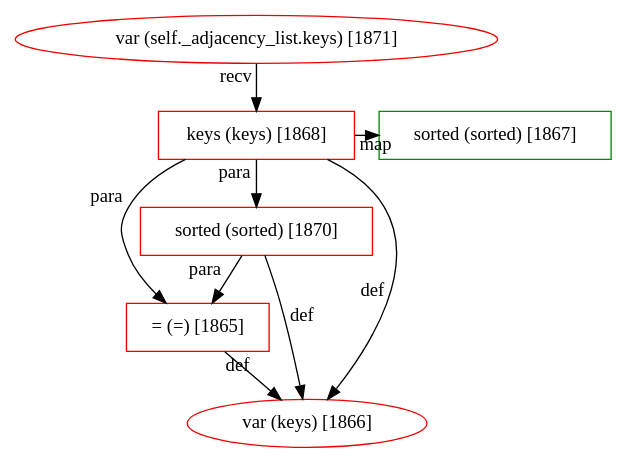
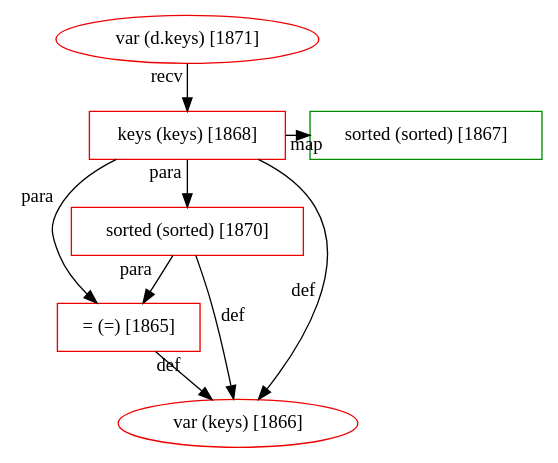
The diagram in src/main/resources/patterns/23/fragment-2267.dot (JetBrains-Research/revizor), drawn with Graphviz before and after one commit. The commit also changed 10 other files, not shown here.

```diff
--- a/src/main/resources/patterns/23/fragment-2267.dot
+++ b/src/main/resources/patterns/23/fragment-2267.dot
@@ -1,19 +1,19 @@
 digraph "fragment-2267.dot" {
 	subgraph "subgraph: 1868 to 1867" {
 		graph [rank=same]
 		1868 [label="keys (keys) [1868]" color=red2 shape=box]
 		1867 [label="sorted (sorted) [1867]" color=green4 shape=box]
 	}
-	1871 [label="var (self._adjacency_list.keys) [1871]" color=red2 shape=ellipse]
+	1871 [label="var (d.keys) [1871]" color=red2 shape=ellipse]
 	1870 [label="sorted (sorted) [1870]" color=red2 shape=box]
 	1865 [label="= (=) [1865]" color=red2 shape=box]
 	1866 [label="var (keys) [1866]" color=red2 shape=ellipse]
 	1871 -> 1868 [xlabel=recv from_closure=False]
 	1868 -> 1867 [xlabel=map from_closure=False]
 	1868 -> 1870 [xlabel=para from_closure=False]
 	1868 -> 1865 [xlabel=para from_closure=True]
 	1870 -> 1865 [xlabel=para from_closure=False]
 	1865 -> 1866 [xlabel=def from_closure=False]
 	1870 -> 1866 [xlabel=def from_closure=False]
 	1868 -> 1866 [xlabel=def from_closure=True]
 }
```
